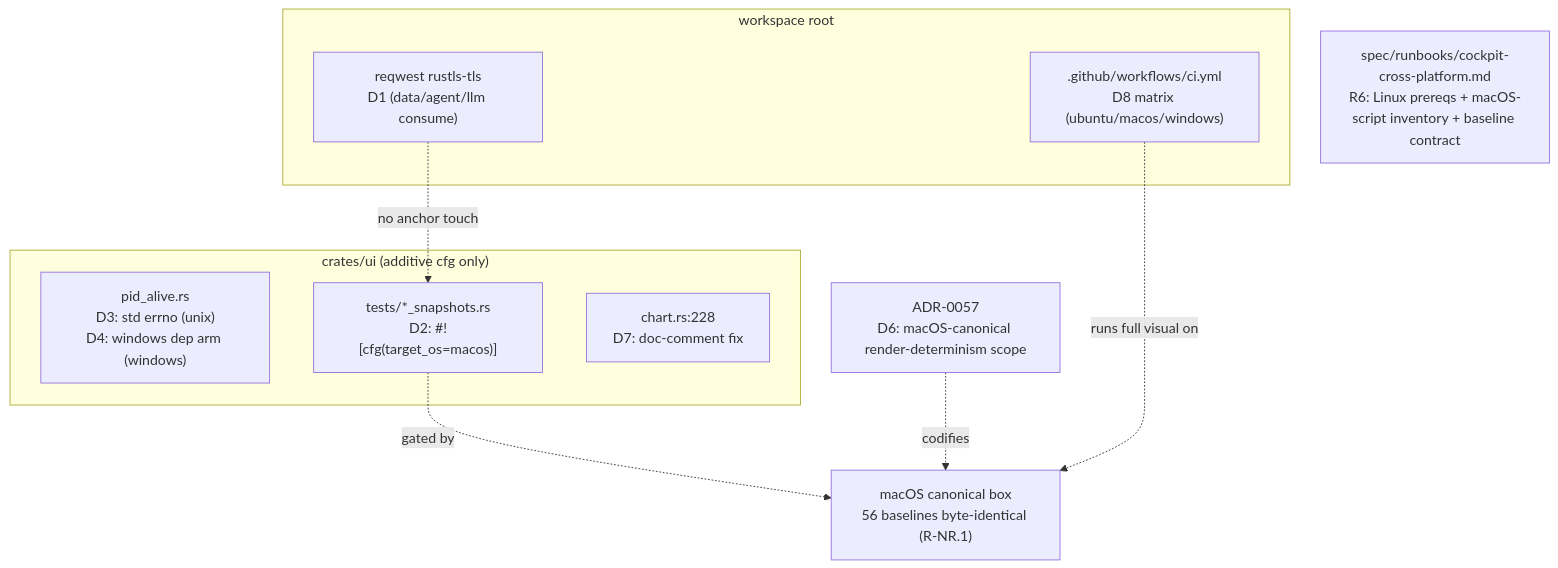
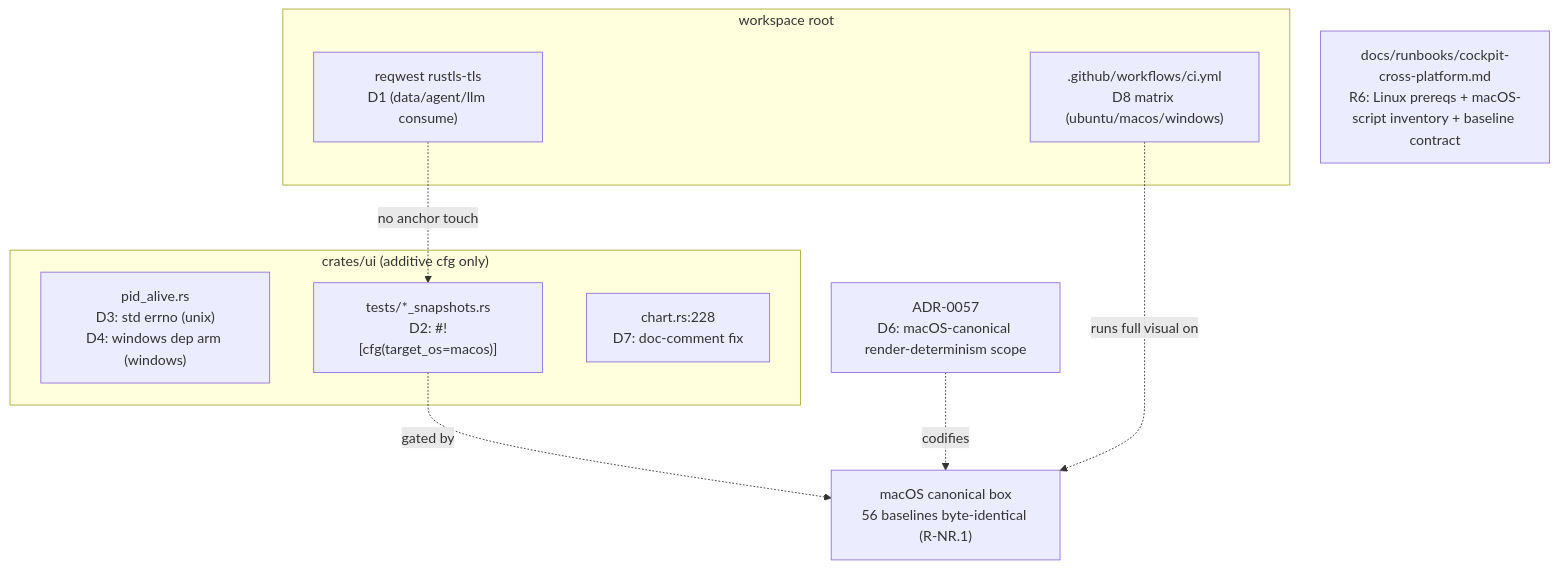
The diagram in spec/cockpit-cross-platform/feature.md (Orrimp/-Vibe-Trading), drawn with Mermaid before and after one commit. The commit also changed other lines of this file and 461 other files, not shown here.

````diff
--- a/spec/cockpit-cross-platform/feature.md
+++ b/spec/cockpit-cross-platform/feature.md
@@ -512,20 +512,20 @@
 ```mermaid
 graph TD
     subgraph "crates/ui (additive cfg only)"
         PA["pid_alive.rs<br/>D3: std errno (unix)<br/>D4: windows dep arm (windows)"]
         VT["tests/*_snapshots.rs<br/>D2: #![cfg(target_os=macos)]"]
         CH["chart.rs:228<br/>D7: doc-comment fix"]
     end
     subgraph "workspace root"
         RQ["reqwest rustls-tls<br/>D1 (data/agent/llm consume)"]
         CI[".github/workflows/ci.yml<br/>D8 matrix (ubuntu/macos/windows)"]
     end
-    RB["spec/runbooks/cockpit-cross-platform.md<br/>R6: Linux prereqs + macOS-script inventory + baseline contract"]
+    RB["docs/runbooks/cockpit-cross-platform.md<br/>R6: Linux prereqs + macOS-script inventory + baseline contract"]
     ADR["ADR-0057<br/>D6: macOS-canonical render-determinism scope"]
 
     D2gate["macOS canonical box<br/>56 baselines byte-identical (R-NR.1)"]
     VT -.gated by.-> D2gate
     ADR -.codifies.-> D2gate
     CI -.runs full visual on.-> D2gate
     RQ -.no anchor touch.-> VT
 ```
````
